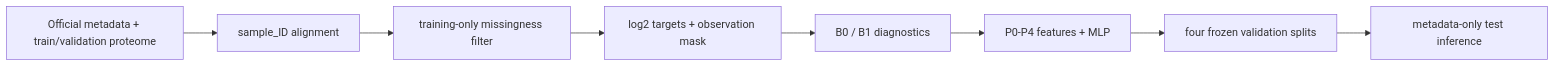
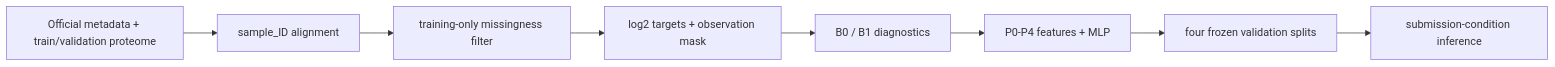
Before and after one commit to Chemit797/Go-AI_AIVC: the diagram in README_EN.md, drawn with Mermaid. The commit also changed other lines of this file and 7 other files, not shown here.

````diff
--- a/README_EN.md
+++ b/README_EN.md
@@ -13,10 +13,10 @@
 ```mermaid
 flowchart LR
     A["Official metadata + train/validation proteome"] --> B["sample_ID alignment"]
     B --> C["training-only missingness filter"]
     C --> D["log2 targets + observation mask"]
     D --> E["B0 / B1 diagnostics"]
     E --> F["P0-P4 features + MLP"]
     F --> G["four frozen validation splits"]
-    G --> H["metadata-only test inference"]
+    G --> H["submission-condition inference"]
 ```
````
